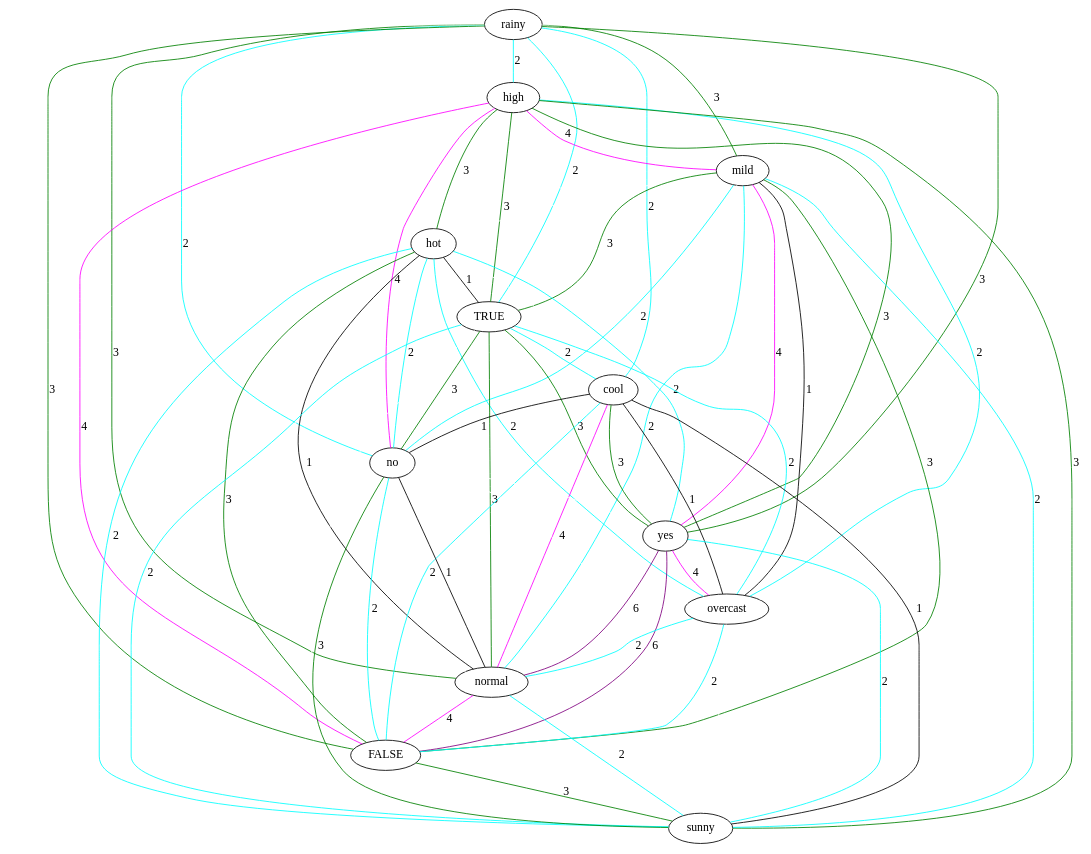
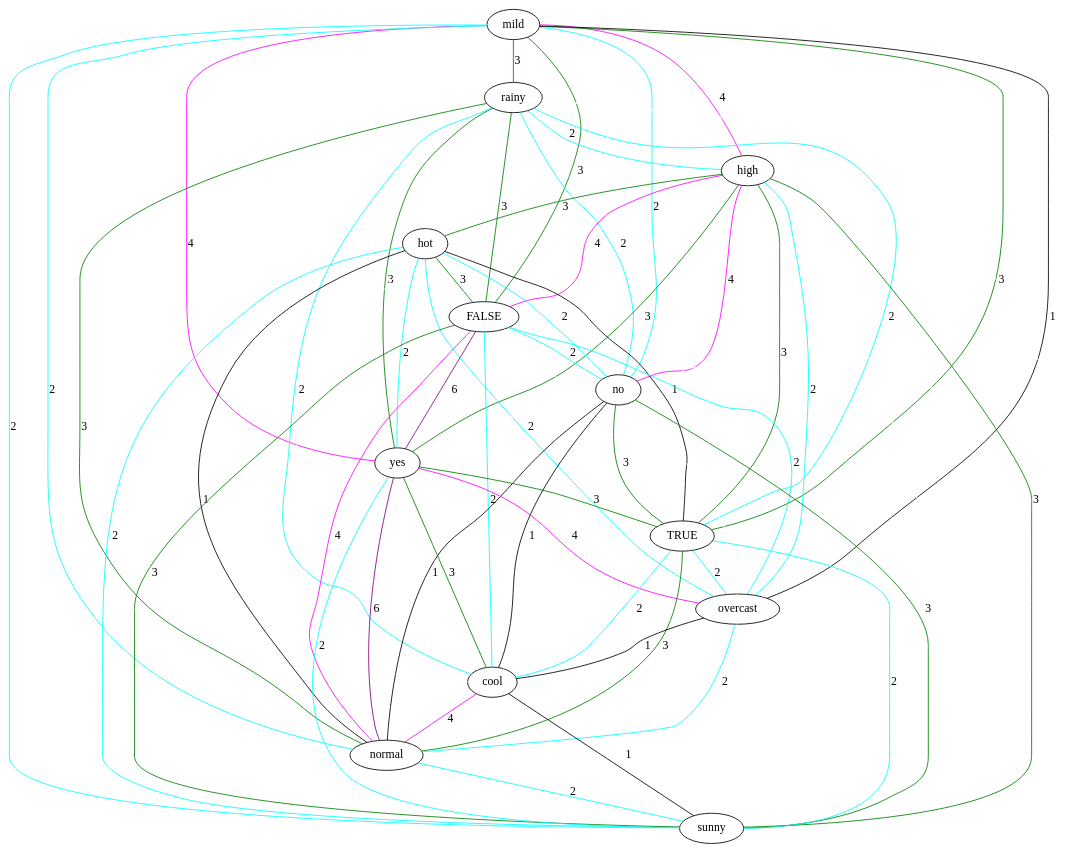
Before and after one commit to lrodrin/TFG: the diagram in src/SQL/linear.dot, drawn with Graphviz. The commit also changed 10 other files, not shown here.

```diff
--- a/src/SQL/linear.dot
+++ b/src/SQL/linear.dot
@@ -1,80 +1,80 @@
 strict graph "" {
+mild;
 rainy;
 high;
-mild;
 hot;
-TRUE;
-cool;
+FALSE;
 no;
 yes;
+TRUE;
 overcast;
+cool;
 normal;
-FALSE;
 sunny;
+mild -- yes  [color=magenta, label=4];
+mild -- TRUE  [color=green, label=3];
+mild -- rainy  [color=green, label=3];
+mild -- normal  [color=cyan, label=2];
+mild -- overcast  [color=black, label=1];
+mild -- FALSE  [color=green, label=3];
+mild -- high  [color=magenta, label=4];
+mild -- cool  [color=white];
+mild -- hot  [color=white];
+mild -- sunny  [color=cyan, label=2];
+mild -- no  [color=cyan, label=2];
+rainy -- sunny  [color=white];
+rainy -- yes  [color=green, label=3];
 rainy -- TRUE  [color=cyan, label=2];
+rainy -- normal  [color=green, label=3];
+rainy -- overcast  [color=white];
+rainy -- FALSE  [color=green, label=3];
 rainy -- high  [color=cyan, label=2];
 rainy -- cool  [color=cyan, label=2];
+rainy -- hot  [color=white];
 rainy -- no  [color=cyan, label=2];
-rainy -- mild  [color=green, label=3];
-rainy -- yes  [color=green, label=3];
-rainy -- hot  [color=white];
-rainy -- normal  [color=green, label=3];
-rainy -- FALSE  [color=green, label=3];
-rainy -- sunny  [color=white];
-rainy -- overcast  [color=white];
+high -- sunny  [color=green, label=3];
 high -- TRUE  [color=green, label=3];
+high -- normal  [color=white];
 high -- overcast  [color=cyan, label=2];
+high -- FALSE  [color=magenta, label=4];
+high -- yes  [color=green, label=3];
 high -- cool  [color=white];
+high -- hot  [color=green, label=3];
 high -- no  [color=magenta, label=4];
-high -- mild  [color=magenta, label=4];
-high -- yes  [color=green, label=3];
-high -- hot  [color=green, label=3];
-high -- normal  [color=white];
-high -- FALSE  [color=magenta, label=4];
-high -- sunny  [color=green, label=3];
-mild -- TRUE  [color=green, label=3];
-mild -- cool  [color=white];
-mild -- no  [color=cyan, label=2];
-mild -- yes  [color=magenta, label=4];
-mild -- hot  [color=white];
-mild -- normal  [color=cyan, label=2];
-mild -- FALSE  [color=green, label=3];
-mild -- sunny  [color=cyan, label=2];
-mild -- overcast  [color=black, label=1];
+hot -- sunny  [color=cyan, label=2];
 hot -- yes  [color=cyan, label=2];
+hot -- TRUE  [color=black, label=1];
+hot -- normal  [color=black, label=1];
+hot -- overcast  [color=cyan, label=2];
+hot -- FALSE  [color=green, label=3];
 hot -- cool  [color=white];
 hot -- no  [color=cyan, label=2];
-hot -- TRUE  [color=black, label=1];
-hot -- normal  [color=black, label=1];
-hot -- FALSE  [color=green, label=3];
-hot -- sunny  [color=cyan, label=2];
-hot -- overcast  [color=cyan, label=2];
-TRUE -- yes  [color=green, label=3];
+FALSE -- sunny  [color=green, label=3];
+FALSE -- yes  [color=purple, label=6];
+FALSE -- TRUE  [color=white];
+FALSE -- overcast  [color=cyan, label=2];
+FALSE -- normal  [color=magenta, label=4];
+FALSE -- cool  [color=cyan, label=2];
+FALSE -- no  [color=cyan, label=2];
+no -- sunny  [color=green, label=3];
+no -- yes  [color=white];
+no -- TRUE  [color=green, label=3];
+no -- normal  [color=black, label=1];
+no -- overcast  [color=white];
+no -- cool  [color=black, label=1];
+yes -- sunny  [color=cyan, label=2];
+yes -- TRUE  [color=green, label=3];
+yes -- normal  [color=purple, label=6];
+yes -- overcast  [color=magenta, label=4];
+yes -- cool  [color=green, label=3];
+TRUE -- sunny  [color=cyan, label=2];
+TRUE -- normal  [color=green, label=3];
+TRUE -- overcast  [color=cyan, label=2];
 TRUE -- cool  [color=cyan, label=2];
-TRUE -- no  [color=green, label=3];
-TRUE -- normal  [color=green, label=3];
-TRUE -- FALSE  [color=white];
-TRUE -- sunny  [color=cyan, label=2];
-TRUE -- overcast  [color=cyan, label=2];
+overcast -- normal  [color=cyan, label=2];
+overcast -- sunny  [color=white];
+overcast -- cool  [color=black, label=1];
+cool -- sunny  [color=black, label=1];
 cool -- normal  [color=magenta, label=4];
-cool -- no  [color=black, label=1];
-cool -- yes  [color=green, label=3];
-cool -- FALSE  [color=cyan, label=2];
-cool -- sunny  [color=black, label=1];
-cool -- overcast  [color=black, label=1];
-no -- yes  [color=white];
-no -- normal  [color=black, label=1];
-no -- FALSE  [color=cyan, label=2];
-no -- sunny  [color=green, label=3];
-no -- overcast  [color=white];
-yes -- normal  [color=purple, label=6];
-yes -- FALSE  [color=purple, label=6];
-yes -- sunny  [color=cyan, label=2];
-yes -- overcast  [color=magenta, label=4];
-overcast -- normal  [color=cyan, label=2];
-overcast -- FALSE  [color=cyan, label=2];
-overcast -- sunny  [color=white];
-normal -- FALSE  [color=magenta, label=4];
 normal -- sunny  [color=cyan, label=2];
-FALSE -- sunny  [color=green, label=3];
 }
```
